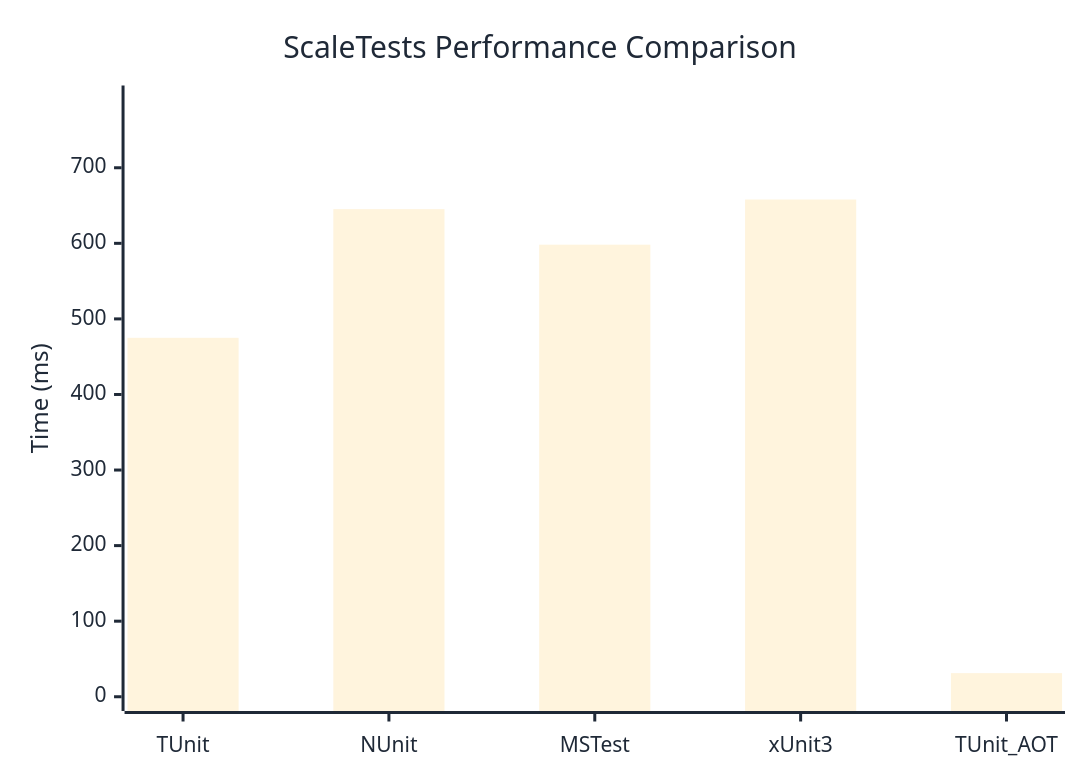
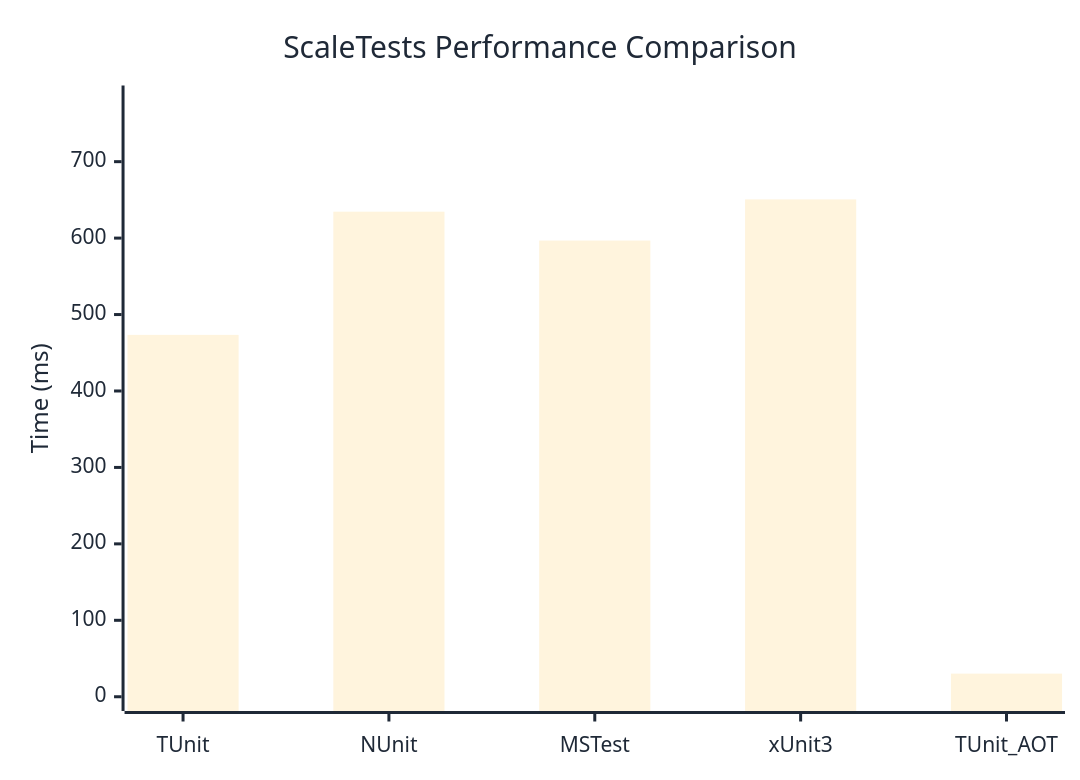
The diagram in docs/docs/benchmarks/ScaleTests.md (thomhurst/TUnit), drawn with Mermaid before and after one commit. The commit also changed other lines of this file and 17 other files, not shown here.

````diff
--- a/docs/docs/benchmarks/ScaleTests.md
+++ b/docs/docs/benchmarks/ScaleTests.md
@@ -27,37 +27,37 @@
 ```mermaid
 %%{init: {
   'theme':'base',
   'themeVariables': {
     'primaryColor': '#2563eb',
     'primaryTextColor': '#1f2937',
     'primaryBorderColor': '#1e40af',
     'lineColor': '#6b7280',
     'secondaryColor': '#7c3aed',
     'tertiaryColor': '#dc2626',
     'background': '#ffffff',
     'mainBkg': '#2563eb',
     'secondBkg': '#7c3aed',
     'tertiaryBkg': '#dc2626',
     'clusterBkg': '#f3f4f6',
     'edgeLabelBackground': '#ffffff',
     'tertiaryTextColor': '#1f2937',
     'pie1': '#2563eb',
     'pie2': '#7c3aed',
     'pie3': '#dc2626',
     'pie4': '#f59e0b',
     'pie5': '#10b981',
     'pie6': '#06b6d4',
     'pie7': '#ec4899',
     'pie8': '#6366f1',
     'pie9': '#84cc16',
     'pie10': '#f97316',
     'pie11': '#14b8a6',
     'pie12': '#a855f7'
   }
 }}%%
 xychart-beta
   title "ScaleTests Performance Comparison"
   x-axis ["TUnit", "NUnit", "MSTest", "xUnit3", "TUnit_AOT"]
-  y-axis "Time (ms)" 0 --> 790
-  bar [474.95, 645.26, 598.21, 657.98, 31.27]
+  y-axis "Time (ms)" 0 --> 781
+  bar [473.4, 634.56, 596.8, 650.66, 30.26]
 ```
````
